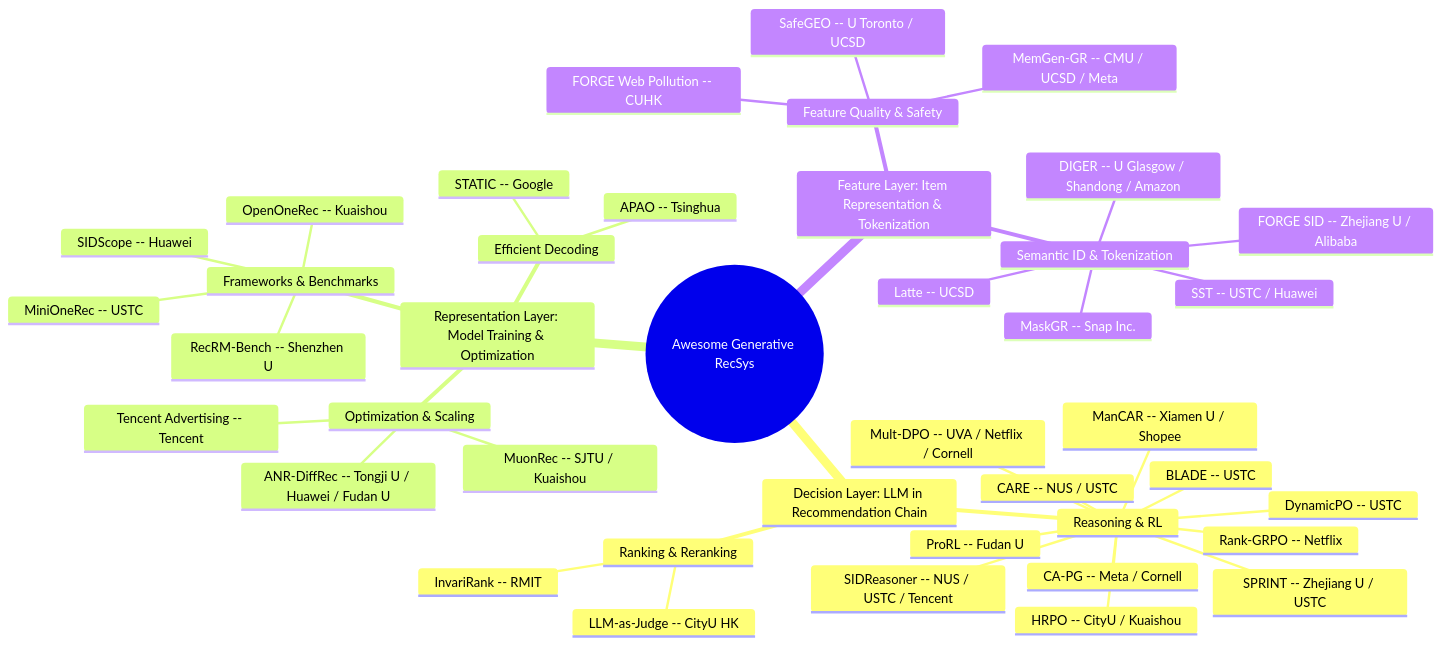
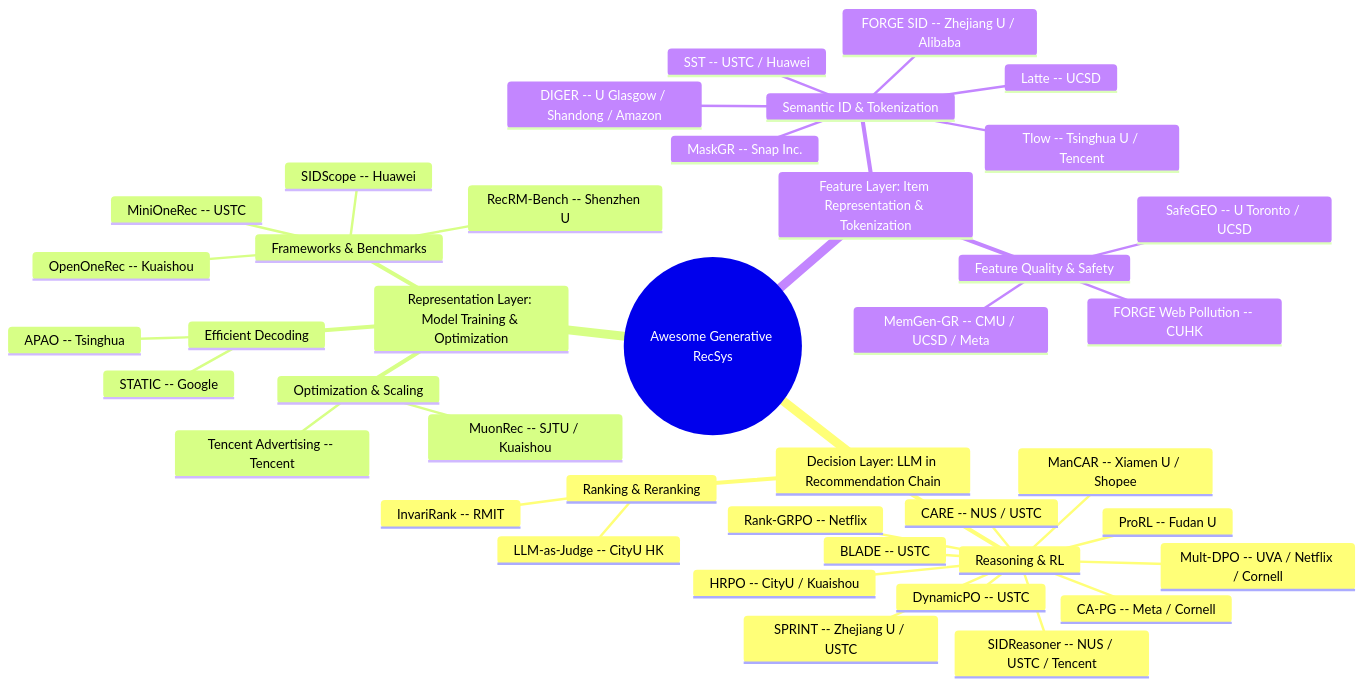
Before and after one commit to HaFred/awesome-generative-recsys: the diagram in README.md, drawn with Mermaid. The commit also changed other lines of this file and 3 other files, not shown here.

````diff
--- a/README.md
+++ b/README.md
@@ -28,44 +28,44 @@
 ```mermaid
 mindmap
   root((Awesome Generative RecSys))
     Decision Layer: LLM in Recommendation Chain
       Reasoning & RL
         Rank-GRPO -- Netflix
         DynamicPO -- USTC
         BLADE -- USTC
         SPRINT -- Zhejiang U / USTC
         CARE -- NUS / USTC
         HRPO -- CityU / Kuaishou
         Mult-DPO -- UVA / Netflix / Cornell
         CA-PG -- Meta / Cornell
         ProRL -- Fudan U
         ManCAR -- Xiamen U / Shopee
         SIDReasoner -- NUS / USTC / Tencent
       Ranking & Reranking
         InvariRank -- RMIT
         LLM-as-Judge -- CityU HK
     Representation Layer: Model Training & Optimization
       Frameworks & Benchmarks
         MiniOneRec -- USTC
         OpenOneRec -- Kuaishou
         RecRM-Bench -- Shenzhen U
         SIDScope -- Huawei
       Efficient Decoding
         STATIC -- Google
         APAO -- Tsinghua
       Optimization & Scaling
         MuonRec -- SJTU / Kuaishou
         Tencent Advertising -- Tencent
-        ANR-DiffRec -- Tongji U / Huawei / Fudan U
     Feature Layer: Item Representation & Tokenization
       Semantic ID & Tokenization
         Latte -- UCSD
         FORGE SID -- Zhejiang U / Alibaba
         DIGER -- U Glasgow / Shandong / Amazon
         MaskGR -- Snap Inc.
         SST -- USTC / Huawei
+        Tlow -- Tsinghua U / Tencent
       Feature Quality & Safety
         SafeGEO -- U Toronto / UCSD
         MemGen-GR -- CMU / UCSD / Meta
         FORGE Web Pollution -- CUHK
 ```
````
